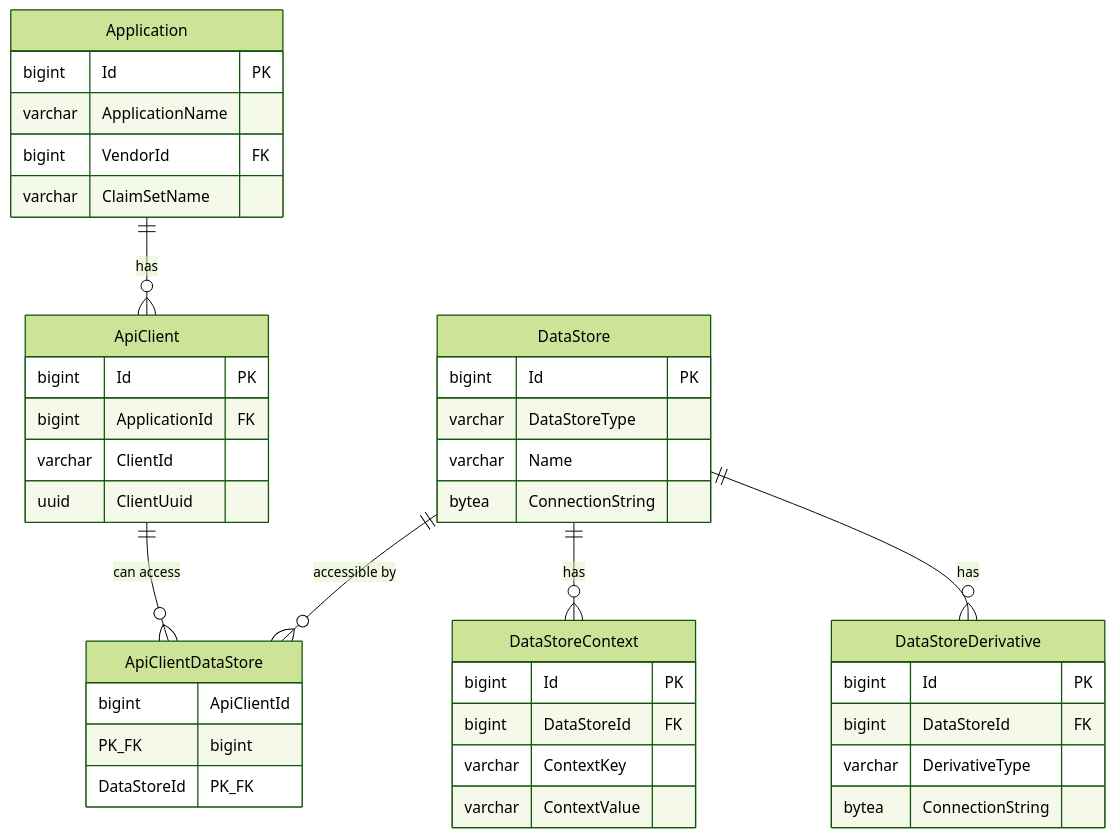
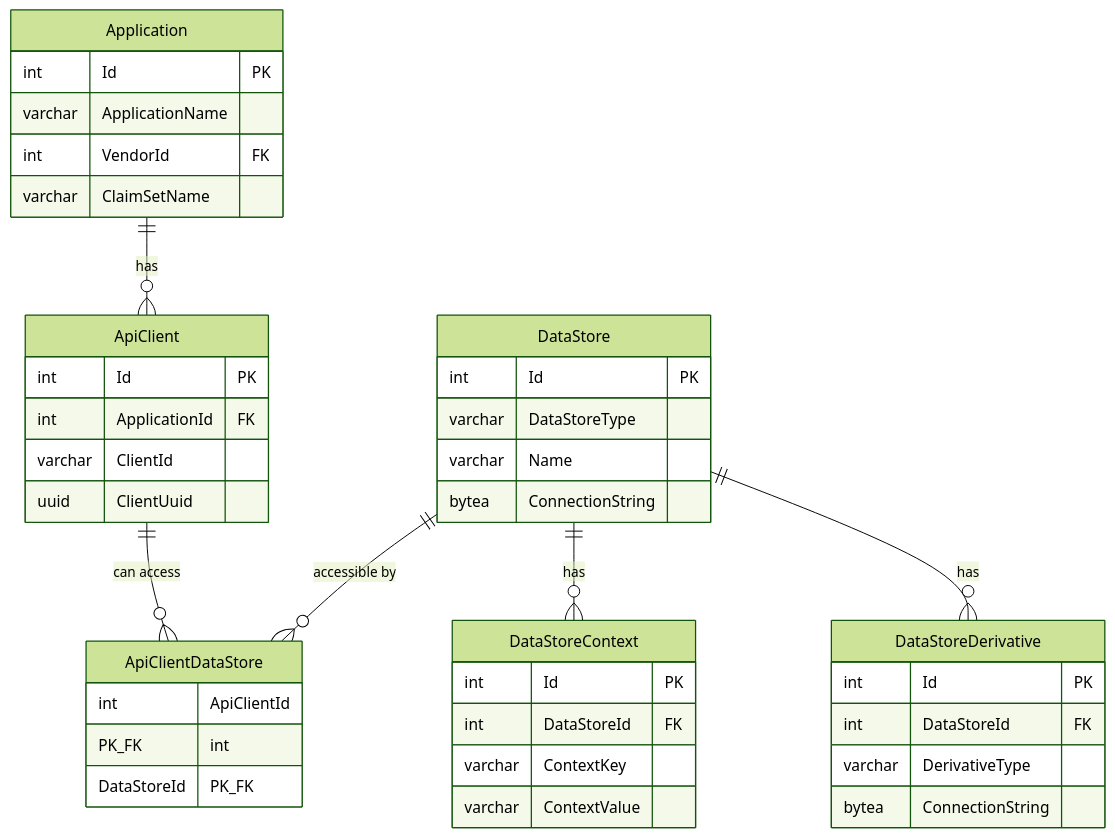
The diagram in docs/API-CLIENT-AND-INSTANCE-CONFIGURATION.md (Ed-Fi-Alliance-OSS/Data-Management-Service), drawn with Mermaid (forest theme) before and after one commit. The commit also changed other lines of this file and 2 other files, not shown here.

Commit message:
Update the CMS schema documentation

````diff
--- a/docs/API-CLIENT-AND-INSTANCE-CONFIGURATION.md
+++ b/docs/API-CLIENT-AND-INSTANCE-CONFIGURATION.md
@@ -62,48 +62,48 @@
 ```mermaid
 erDiagram
     Application ||--o{ ApiClient : "has"
     ApiClient ||--o{ ApiClientDataStore : "can access"
     DataStore ||--o{ ApiClientDataStore : "accessible by"
     DataStore ||--o{ DataStoreContext : "has"
     DataStore ||--o{ DataStoreDerivative : "has"
 
     Application {
-        bigint Id PK
+        int Id PK
         varchar ApplicationName
-        bigint VendorId FK
+        int VendorId FK
         varchar ClaimSetName
     }
 
     ApiClient {
-        bigint Id PK
-        bigint ApplicationId FK
+        int Id PK
+        int ApplicationId FK
         varchar ClientId
         uuid ClientUuid
     }
 
     ApiClientDataStore {
-        bigint ApiClientId PK_FK
-        bigint DataStoreId PK_FK
+        int ApiClientId PK_FK
+        int DataStoreId PK_FK
     }
 
     DataStore {
-        bigint Id PK
+        int Id PK
         varchar DataStoreType
         varchar Name
         bytea ConnectionString
     }
 
     DataStoreContext {
-        bigint Id PK
-        bigint DataStoreId FK
+        int Id PK
+        int DataStoreId FK
         varchar ContextKey
         varchar ContextValue
     }
 
     DataStoreDerivative {
-        bigint Id PK
-        bigint DataStoreId FK
+        int Id PK
+        int DataStoreId FK
         varchar DerivativeType
         bytea ConnectionString
     }
 ```
````
